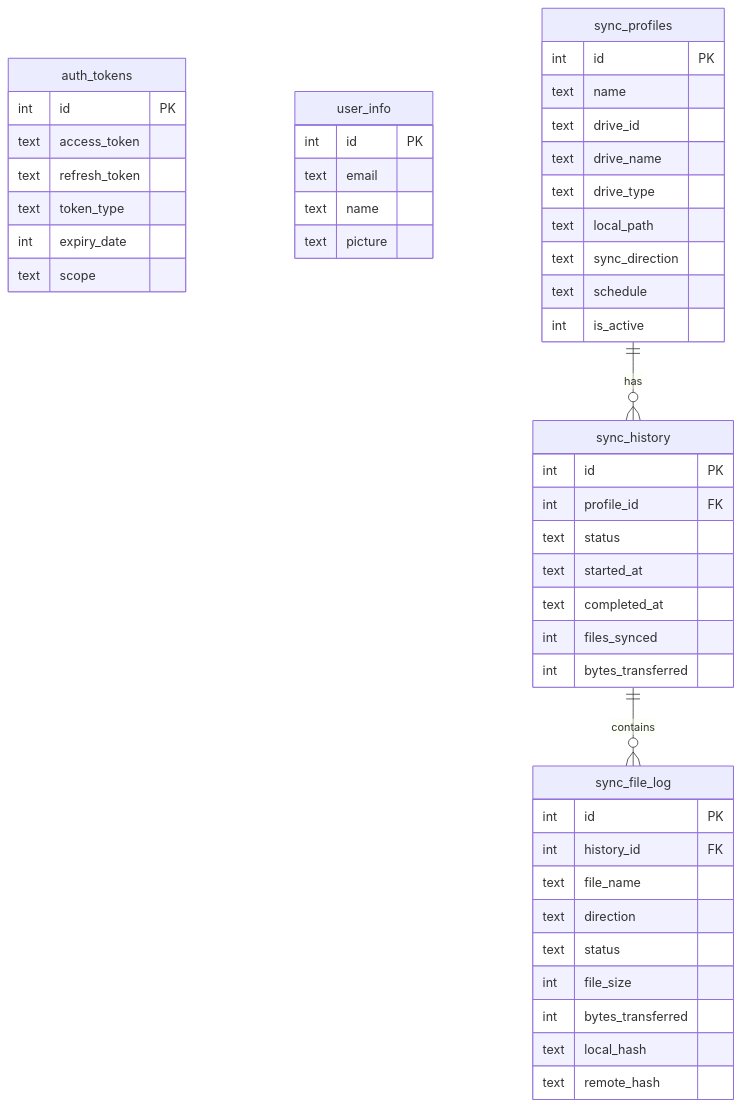
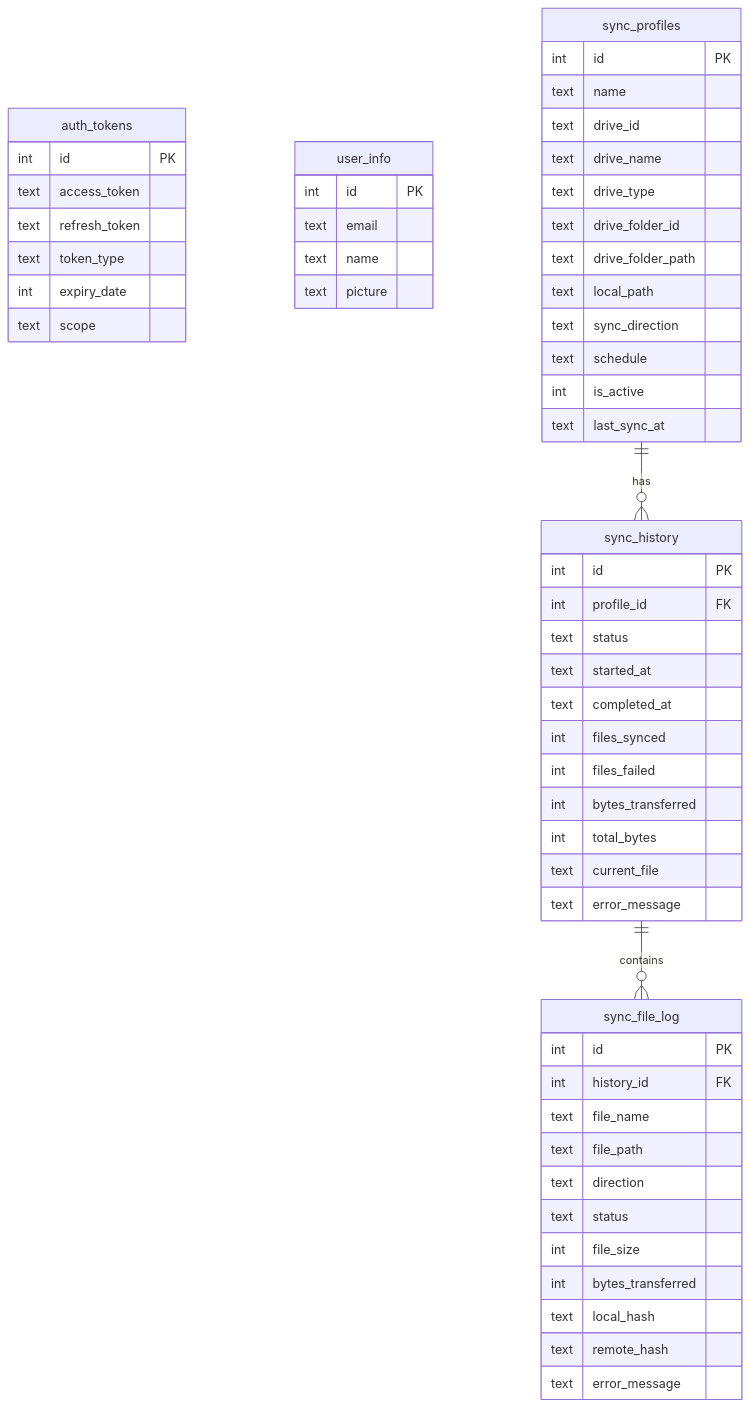
One commit to jpurusho/gdrive changed the fourth of 4 diagrams in docs/architecture.md. Above: the diagram before and after it, drawn with Mermaid. The commit also changed other lines of this file and 2 other files, not shown here.

First line of the commit message:
Complete Phase 5: Settings polish and architecture docs update

````diff
--- a/docs/architecture.md
+++ b/docs/architecture.md
@@ -79,55 +132,64 @@
 ```mermaid
 erDiagram
     auth_tokens {
         int id PK
         text access_token
         text refresh_token
         text token_type
         int expiry_date
         text scope
     }
 
     user_info {
         int id PK
         text email
         text name
         text picture
     }
 
     sync_profiles {
         int id PK
         text name
         text drive_id
         text drive_name
         text drive_type
+        text drive_folder_id
+        text drive_folder_path
         text local_path
         text sync_direction
         text schedule
         int is_active
+        text last_sync_at
     }
 
     sync_history {
         int id PK
         int profile_id FK
         text status
         text started_at
         text completed_at
         int files_synced
+        int files_failed
         int bytes_transferred
+        int total_bytes
+        text current_file
+        text error_message
     }
 
     sync_file_log {
         int id PK
         int history_id FK
         text file_name
+        text file_path
         text direction
         text status
         int file_size
         int bytes_transferred
         text local_hash
         text remote_hash
+        text error_message
     }
 
     sync_profiles ||--o{ sync_history : "has"
     sync_history ||--o{ sync_file_log : "contains"
 ```
````
